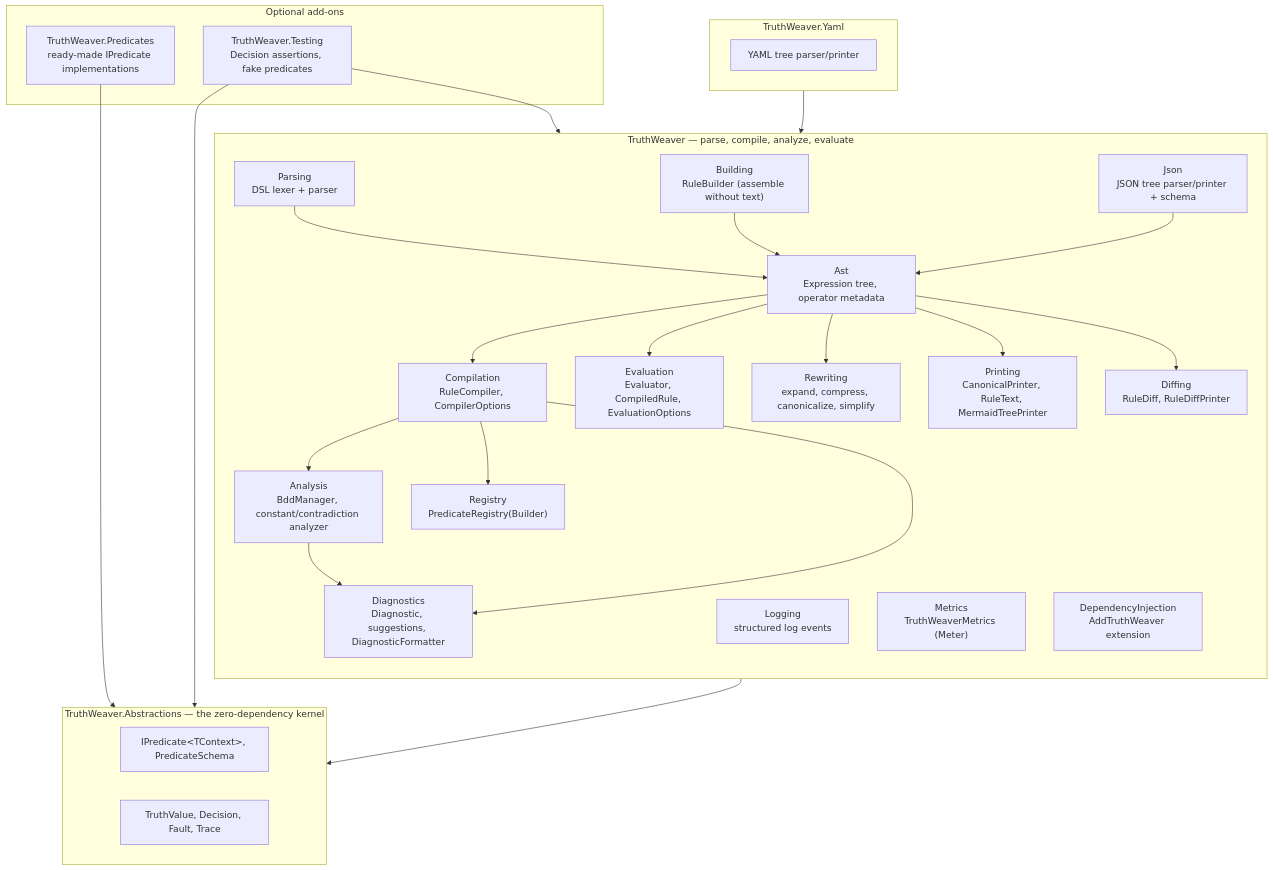
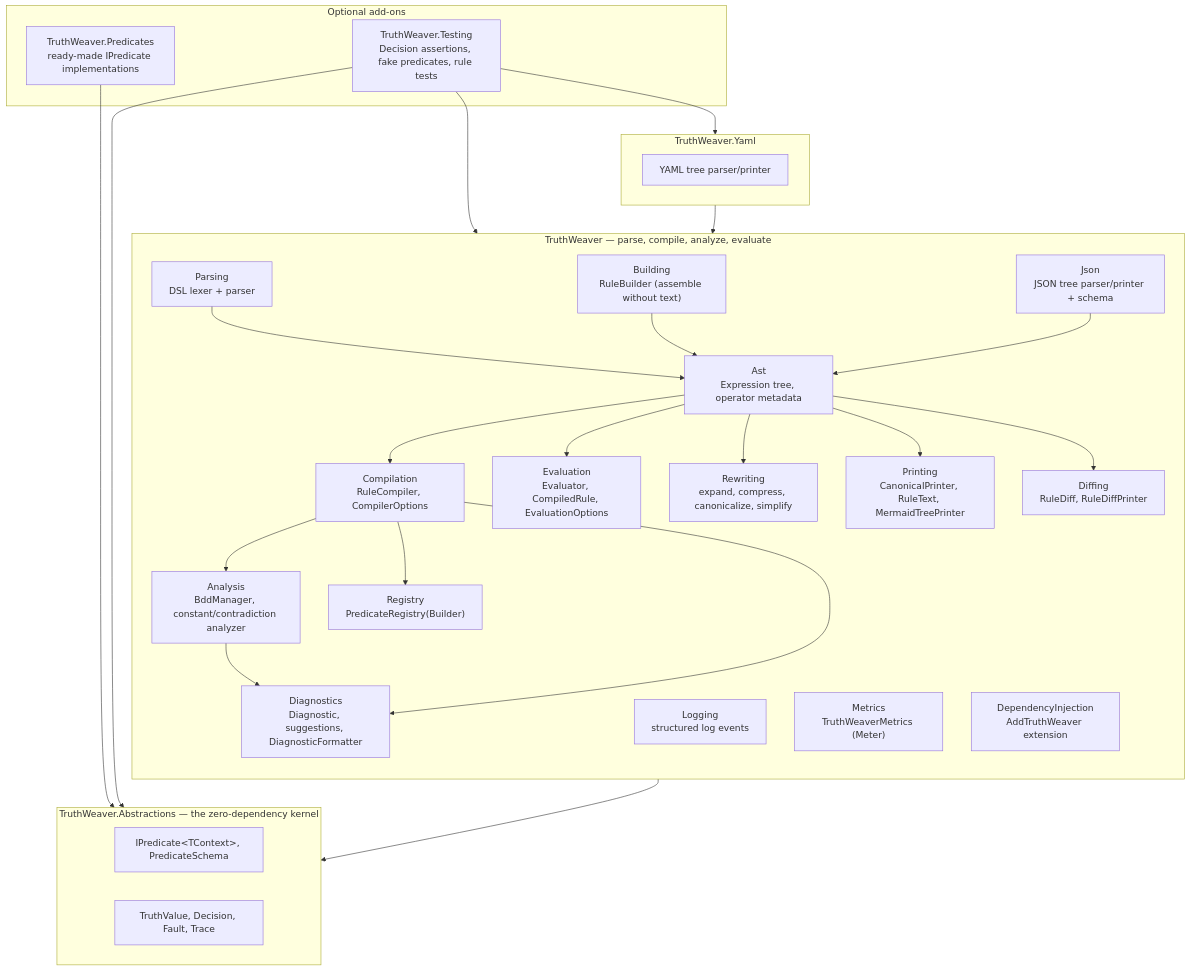
Before and after one commit to rheone/TruthWeaver: the first of 3 diagrams in docs/architecture.md, drawn with Mermaid. The commit also changed other lines of this file and 822 other files, not shown here.

First line of the commit message:
Add Tool.Core, decision records, rule coverage and the API consistency pass

````diff
--- a/docs/architecture.md
+++ b/docs/architecture.md
@@ -10,54 +10,55 @@
 ```mermaid
 flowchart TD
     subgraph Kernel["TruthWeaver.Abstractions — the zero-dependency kernel"]
         IPredicate["IPredicate&lt;TContext&gt;, PredicateSchema"]
         Types["TruthValue, Decision, Fault, Trace"]
     end
 
     subgraph Core["TruthWeaver — parse, compile, analyze, evaluate"]
         direction TB
         Parsing["Parsing<br/>DSL lexer + parser"]
         Ast["Ast<br/>Expression tree, operator metadata"]
         Rewriting["Rewriting<br/>expand, compress, canonicalize, simplify"]
         Compilation["Compilation<br/>RuleCompiler, CompilerOptions"]
         Analysis["Analysis<br/>BddManager, constant/contradiction analyzer"]
         Building["Building<br/>RuleBuilder (assemble without text)"]
         Registry["Registry<br/>PredicateRegistry(Builder)"]
         Evaluation["Evaluation<br/>Evaluator, CompiledRule, EvaluationOptions"]
         Diagnostics["Diagnostics<br/>Diagnostic, suggestions, DiagnosticFormatter"]
         Json["Json<br/>JSON tree parser/printer + schema"]
         Printing["Printing<br/>CanonicalPrinter, RuleText, MermaidTreePrinter"]
         Diffing["Diffing<br/>RuleDiff, RuleDiffPrinter"]
         Logging["Logging<br/>structured log events"]
         Metrics["Metrics<br/>TruthWeaverMetrics (Meter)"]
         DI["DependencyInjection<br/>AddTruthWeaver extension"]
 
         Parsing --> Ast
         Building --> Ast
         Json --> Ast
         Ast --> Compilation
         Compilation --> Analysis
         Compilation --> Registry
         Analysis --> Diagnostics
         Compilation --> Diagnostics
         Ast --> Evaluation
         Ast --> Rewriting
         Ast --> Printing
         Ast --> Diffing
     end
 
     subgraph YamlPkg["TruthWeaver.Yaml"]
         Yaml["YAML tree parser/printer"]
     end
 
     subgraph Extras["Optional add-ons"]
         Predicates["TruthWeaver.Predicates<br/>ready-made IPredicate implementations"]
-        Testing["TruthWeaver.Testing<br/>Decision assertions, fake predicates"]
+        Testing["TruthWeaver.Testing<br/>Decision assertions, fake predicates, rule tests"]
     end
 
     Core --> Kernel
     YamlPkg --> Core
     Predicates --> Kernel
     Testing --> Kernel
     Testing --> Core
+    Testing --> YamlPkg
 ```
````
